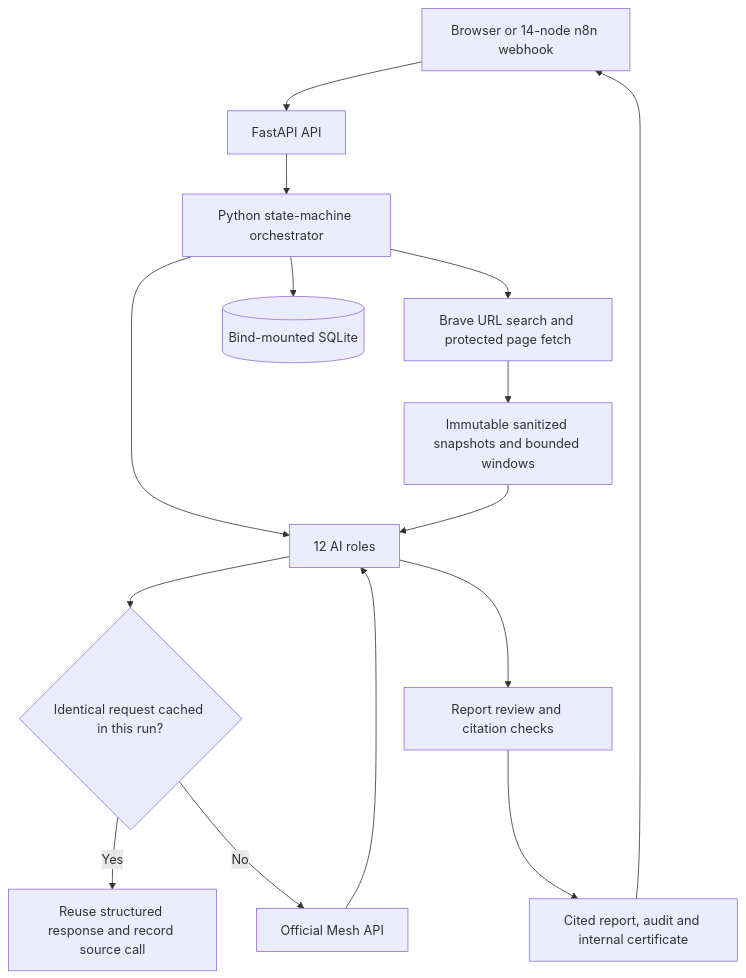
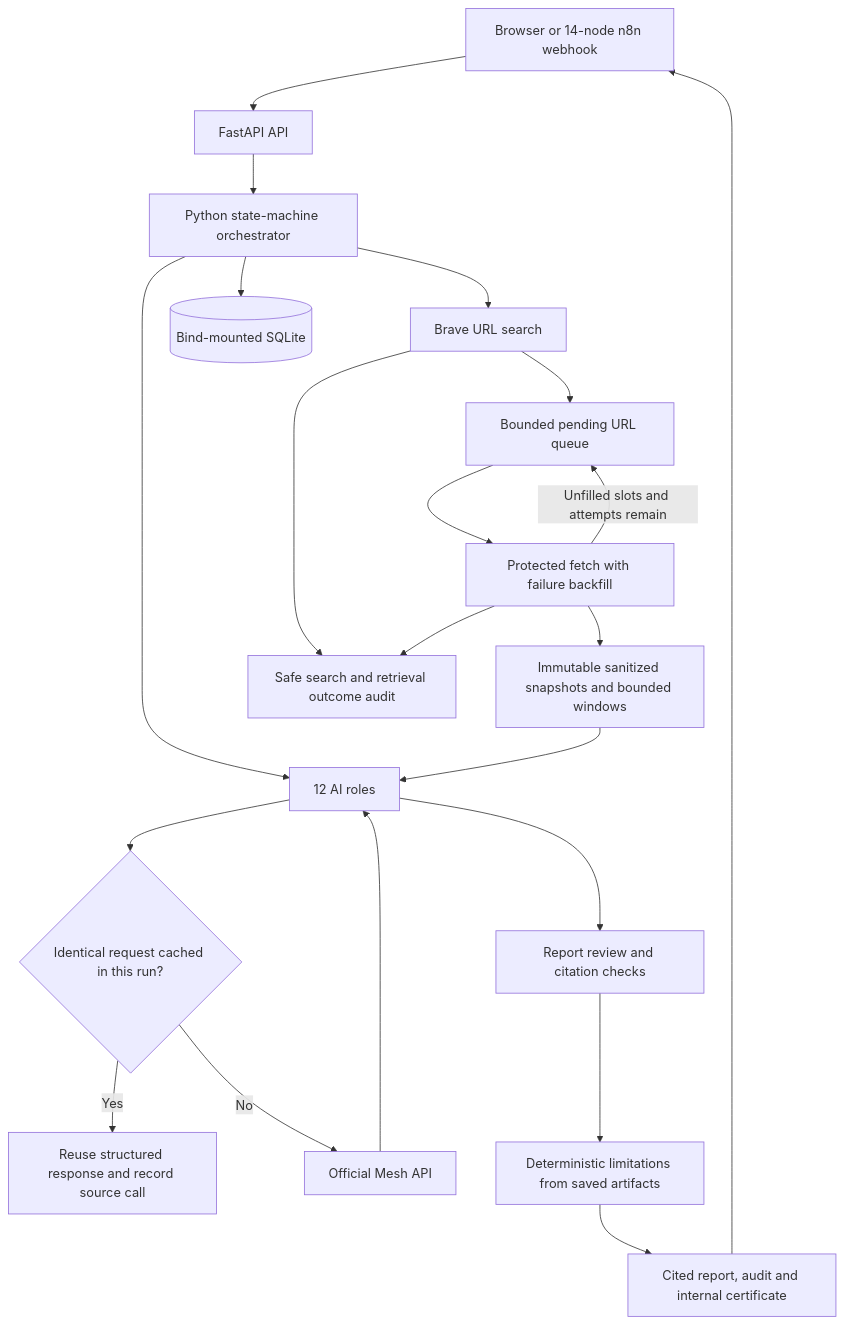
The first of 5 diagrams in README.md (seelamramesh/deepdive), drawn with Mermaid before and after one commit. The commit also changed other lines of this file and 3 other files, not shown here.

````diff
--- a/README.md
+++ b/README.md
@@ -9,17 +9,23 @@
 ```mermaid
 flowchart TD
     U[Browser or 14-node n8n webhook] --> API[FastAPI API]
     API --> O[Python state-machine orchestrator]
     O --> R[12 AI roles]
     R --> C{Identical request cached in this run?}
     C -->|Yes| REUSE[Reuse structured response and record source call]
     C -->|No| M[Official Mesh API]
     M --> R
-    O --> S[Brave URL search and protected page fetch]
-    S --> SNAP[Immutable sanitized snapshots and bounded windows]
+    O --> S[Brave URL search]
+    S --> Q[Bounded pending URL queue]
+    Q --> F[Protected fetch with failure backfill]
+    F -->|Unfilled slots and attempts remain| Q
+    F --> SNAP[Immutable sanitized snapshots and bounded windows]
+    S --> HTTP[Safe search and retrieval outcome audit]
+    F --> HTTP
     SNAP --> R
     O --> DB[(Bind-mounted SQLite)]
     R --> V[Report review and citation checks]
-    V --> OUT[Cited report, audit and internal certificate]
+    V --> LIMITS[Deterministic limitations from saved artifacts]
+    LIMITS --> OUT[Cited report, audit and internal certificate]
     OUT --> U
 ```
````
